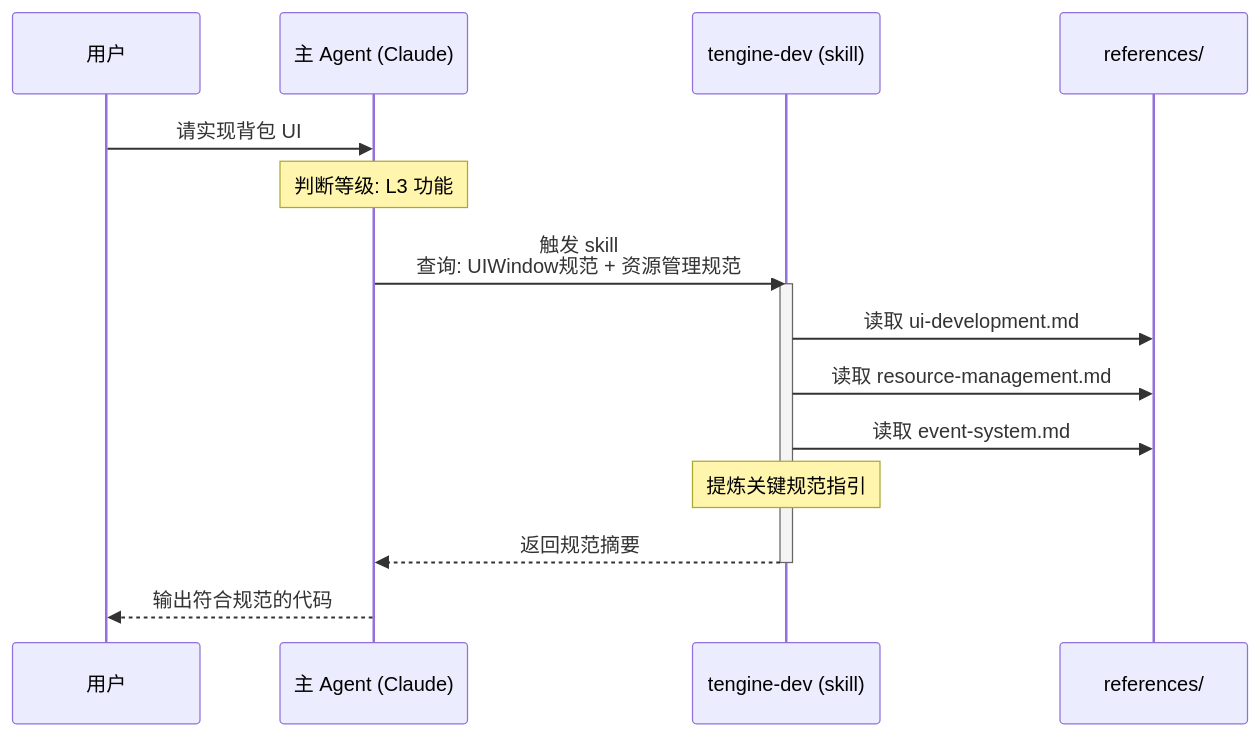
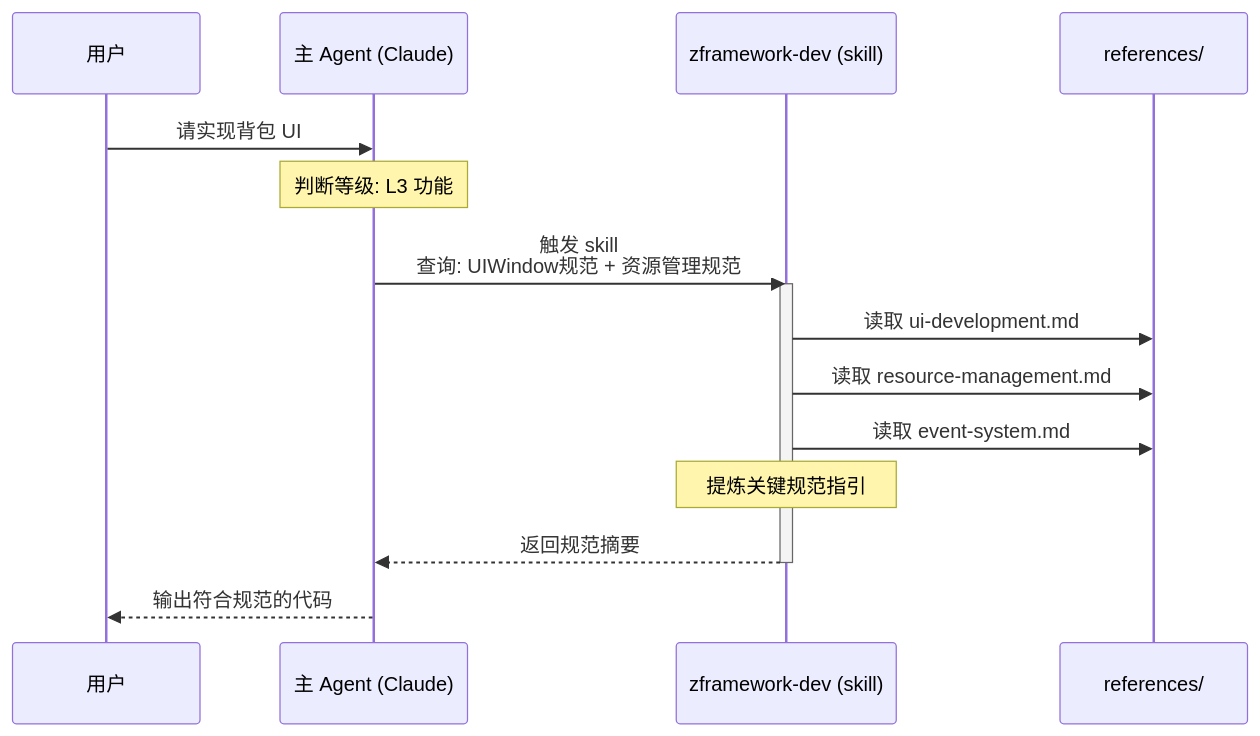
One commit to Hubr1zz/ZFramework changed the second of 5 diagrams in README.md. Above: the diagram before and after it, drawn with Mermaid. The commit also changed other lines of this file and 1773 other files, not shown here.

````diff
--- a/README.md
+++ b/README.md
@@ -142,21 +144,21 @@
 ```mermaid
 sequenceDiagram
     participant U as 用户
     participant M as 主 Agent (Claude)
-    participant S as tengine-dev (skill)
+    participant S as zframework-dev (skill)
     participant R as references/
 
     U->>M: 请实现背包 UI
     Note over M: 判断等级: L3 功能
     M->>S: 触发 skill<br/>查询: UIWindow规范 + 资源管理规范
 
     activate S
     S->>R: 读取 ui-development.md
     S->>R: 读取 resource-management.md
     S->>R: 读取 event-system.md
     Note over S: 提炼关键规范指引
     S-->>M: 返回规范摘要
     deactivate S
 
     M-->>U: 输出符合规范的代码
 ```
````
